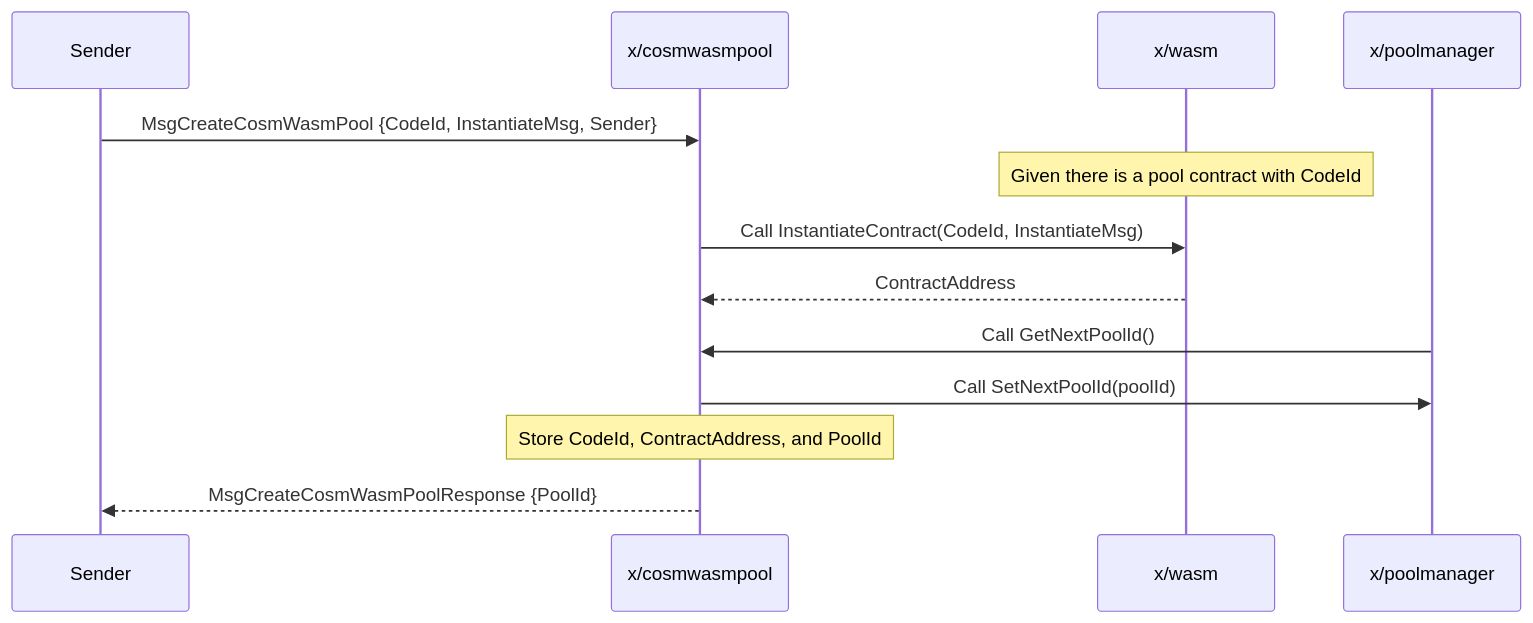
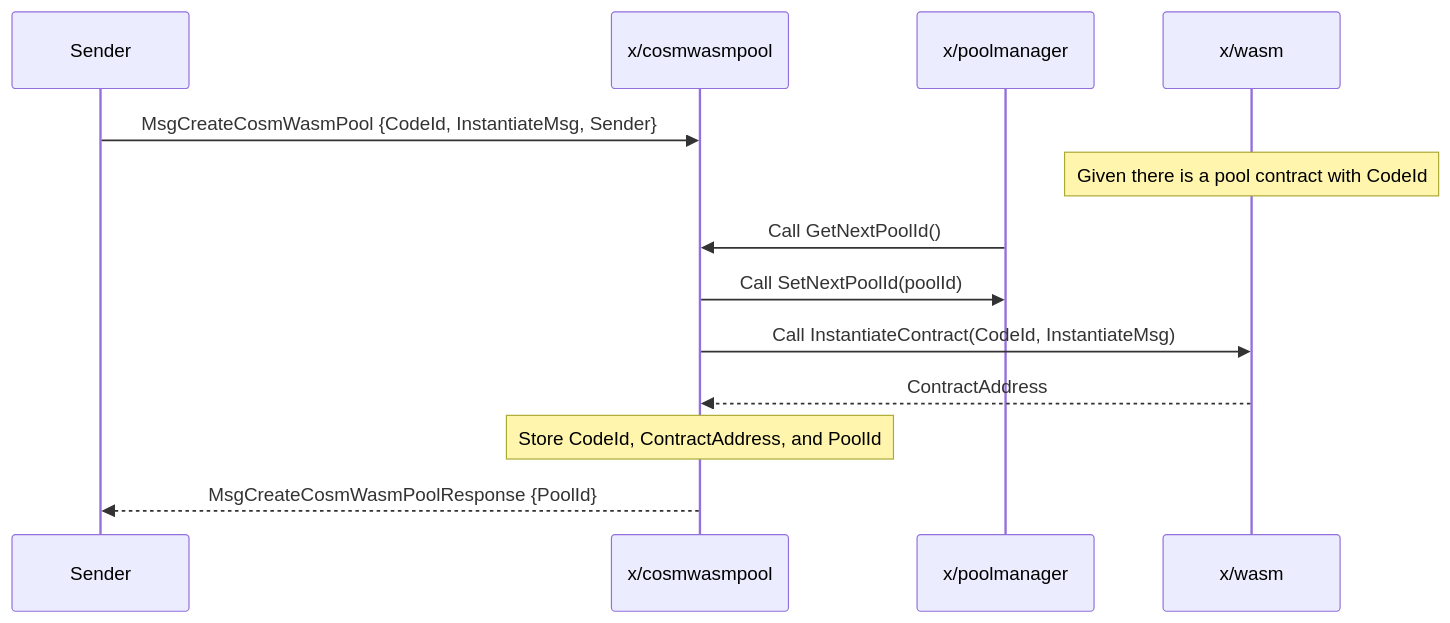
The second of 3 diagrams in x/cosmwasmpool/README.md (osmosis-labs/osmosis), drawn with Mermaid before and after one commit. The commit also changed other lines of this file, not shown here.

Commit message:
update create pool flow per comment

````diff
--- a/x/cosmwasmpool/README.md
+++ b/x/cosmwasmpool/README.md
@@ -30,21 +30,21 @@
 ```mermaid
 sequenceDiagram
     participant Sender
     participant x/cosmwasmpool
+    participant x/poolmanager
     participant x/wasm
-    participant x/poolmanager
 
     Sender ->> x/cosmwasmpool: MsgCreateCosmWasmPool {CodeId, InstantiateMsg, Sender}
 
     Note over x/wasm: Given there is a pool contract with CodeId
 
+    x/poolmanager ->> x/cosmwasmpool: Call GetNextPoolId()
+    x/cosmwasmpool ->> x/poolmanager: Call SetNextPoolId(poolId)
 
     x/cosmwasmpool ->> x/wasm: Call InstantiateContract(CodeId, InstantiateMsg)
     x/wasm -->> x/cosmwasmpool: ContractAddress
-    x/poolmanager ->> x/cosmwasmpool: Call GetNextPoolId()
-    x/cosmwasmpool ->> x/poolmanager: Call SetNextPoolId(poolId)
 
     Note over x/cosmwasmpool: Store CodeId, ContractAddress, and PoolId
 
     x/cosmwasmpool -->>  Sender: MsgCreateCosmWasmPoolResponse {PoolId}
 ```
````
